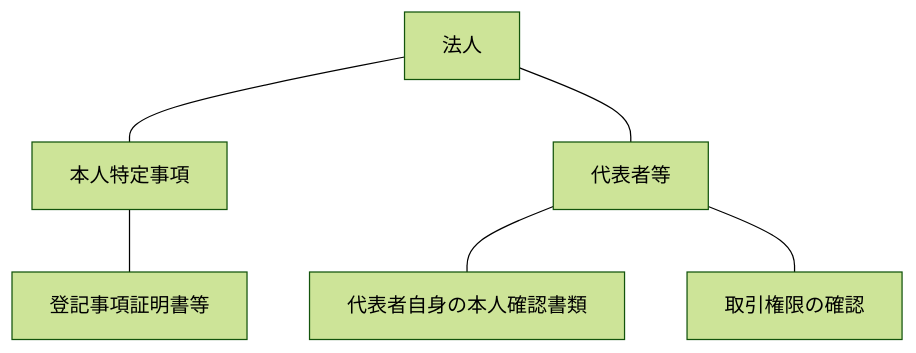
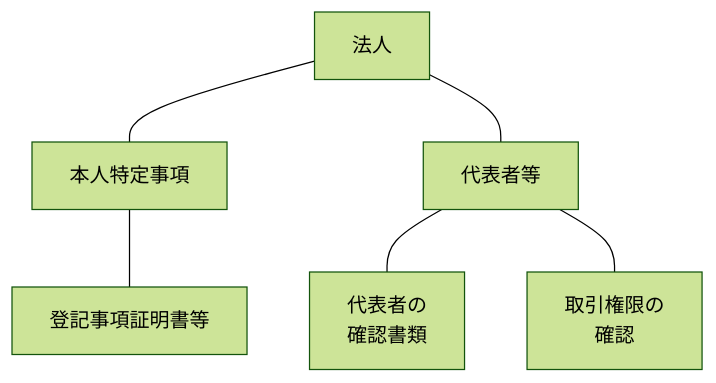
One commit to CiderH2CO3/study-hanshuho changed diagram 17 of 21 in hanshuho.md. Above: the diagram before and after it, drawn with Mermaid (forest theme). The commit also changed other lines of this file and 1 other file, not shown here.

````diff
--- a/hanshuho.md
+++ b/hanshuho.md
@@ -510,8 +653,8 @@
 ```mermaid
 graph TD
     Corp[法人] --- Identity[本人特定事項]
     Corp --- Rep[代表者等]
     Identity --- Doc1[登記事項証明書等]
-    Rep --- Doc2[代表者自身の本人確認書類]
-    Rep --- Power[取引権限の確認]
+    Rep --- Doc2[代表者の<br/>確認書類]
+    Rep --- Power[取引権限の<br/>確認]
 ```
````
